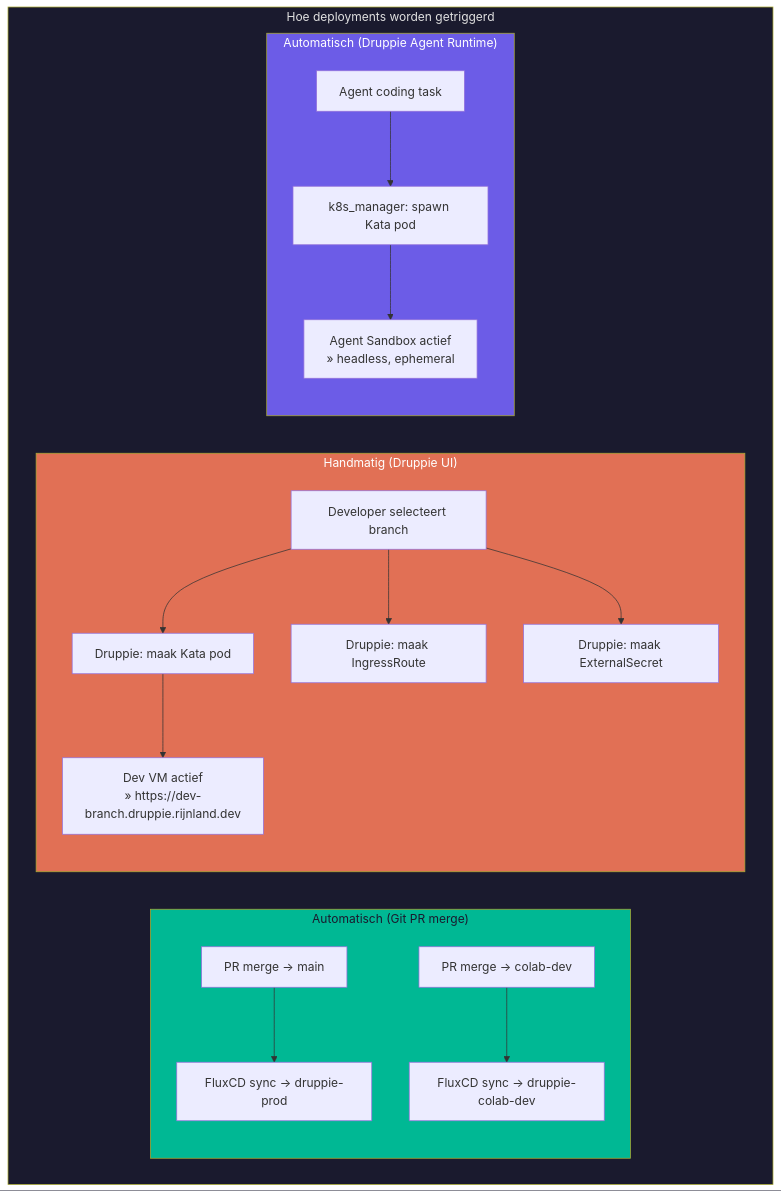
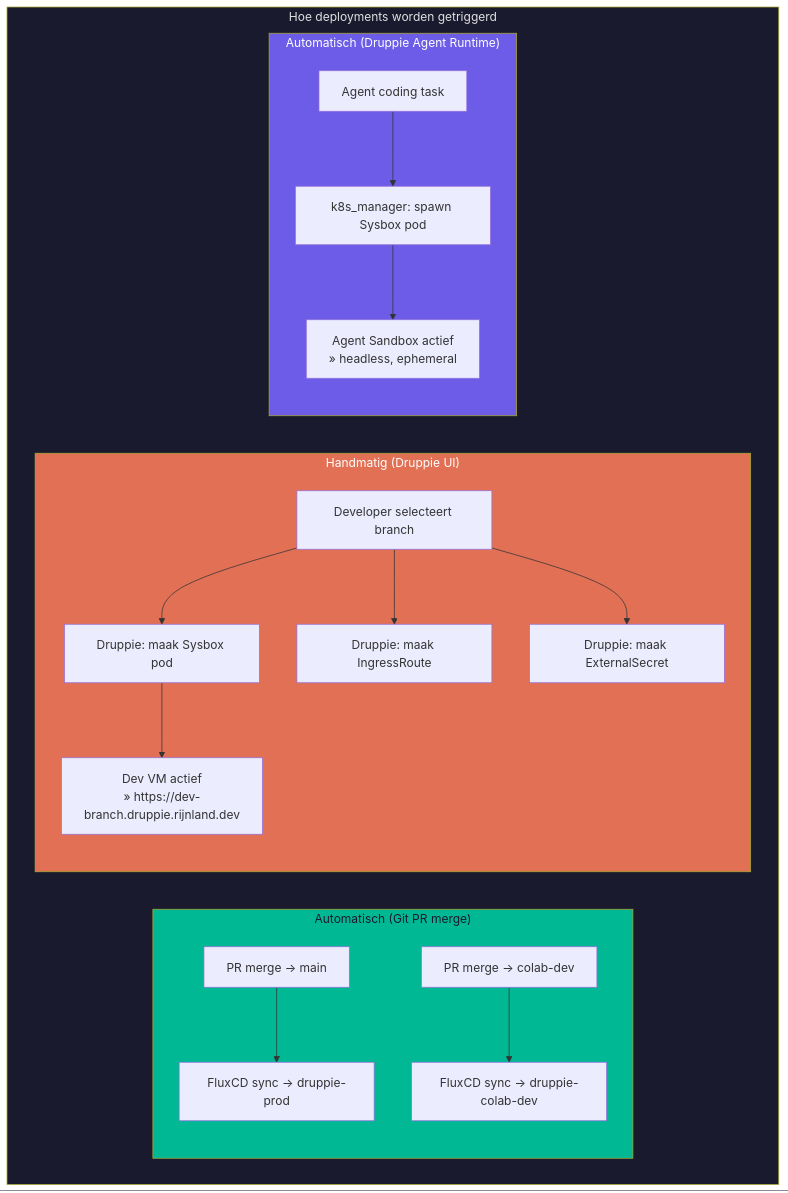
One commit to nuno-git/druppie-fork changed diagram 11 of 12 in docs/dev-environment-architecture.md. Above: the diagram before and after it, drawn with Mermaid. The commit also changed other lines of this file and 1 other file, not shown here.

First line of the commit message:
docs(dev-env): correct runtime to sysbox, document Kasm research

````diff
--- a/docs/dev-environment-architecture.md
+++ b/docs/dev-environment-architecture.md
@@ -797,28 +797,28 @@
 ```mermaid
 flowchart TB
     subgraph Triggers["Hoe deployments worden getriggerd"]
         direction LR
 
         subgraph Auto["Automatisch (Git PR merge)"]
             PR1["PR merge → main"] --> F1["FluxCD sync → druppie-prod"]
             PR2["PR merge → colab-dev"] --> F2["FluxCD sync → druppie-colab-dev"]
         end
 
         subgraph Manual["Handmatig (Druppie UI)"]
-            D1["Developer selecteert branch"] --> K1["Druppie: maak Kata pod"]
+            D1["Developer selecteert branch"] --> K1["Druppie: maak Sysbox pod"]
             D1 --> K2["Druppie: maak IngressRoute"]
             D1 --> K3["Druppie: maak ExternalSecret"]
             K1 --> P1["Dev VM actief<br/>» https://dev-branch.druppie.rijnland.dev"]
         end
 
         subgraph AgentAuto["Automatisch (Druppie Agent Runtime)"]
-            A1["Agent coding task"] --> A2["k8s_manager: spawn Kata pod"]
+            A1["Agent coding task"] --> A2["k8s_manager: spawn Sysbox pod"]
             A2 --> A3["Agent Sandbox actief<br/>» headless, ephemeral"]
         end
     end
 
     style Triggers fill:#1a1a2e,color:#e0e0e0
     style Auto fill:#00b894,color:#1a1a2e
     style Manual fill:#e17055,color:#ffffff
     style AgentAuto fill:#6c5ce7,color:#ffffff
 ```
````
